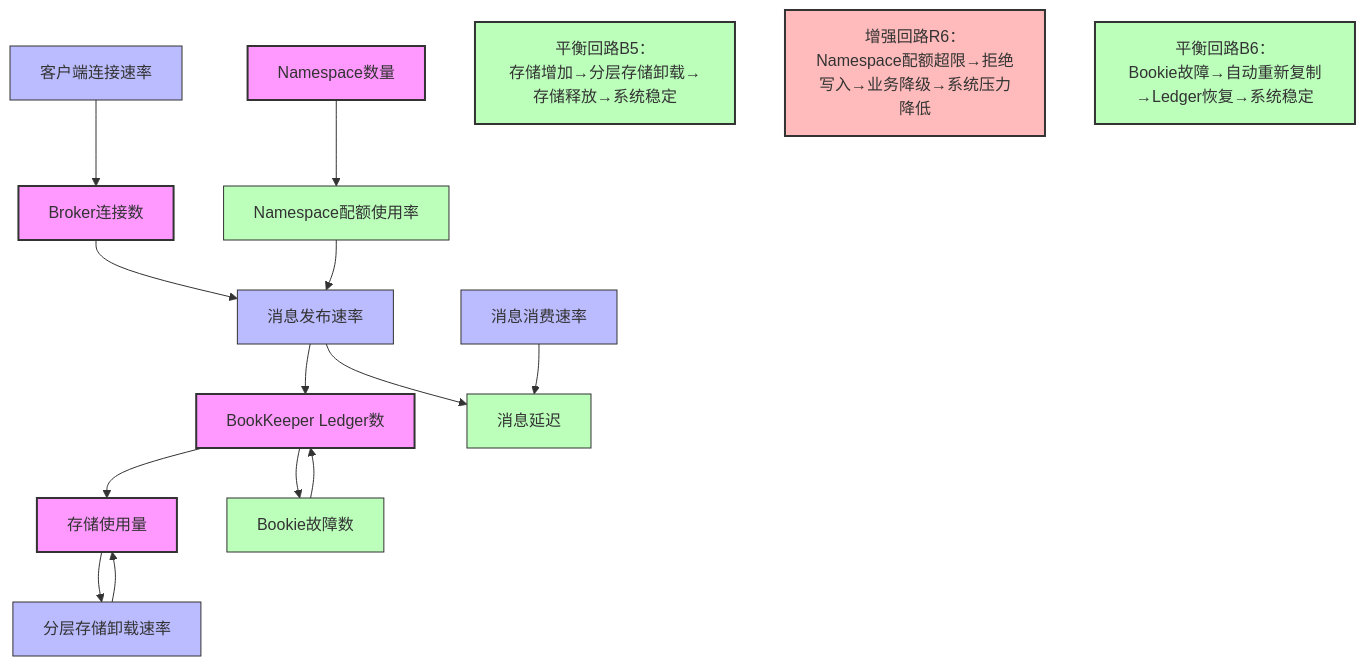
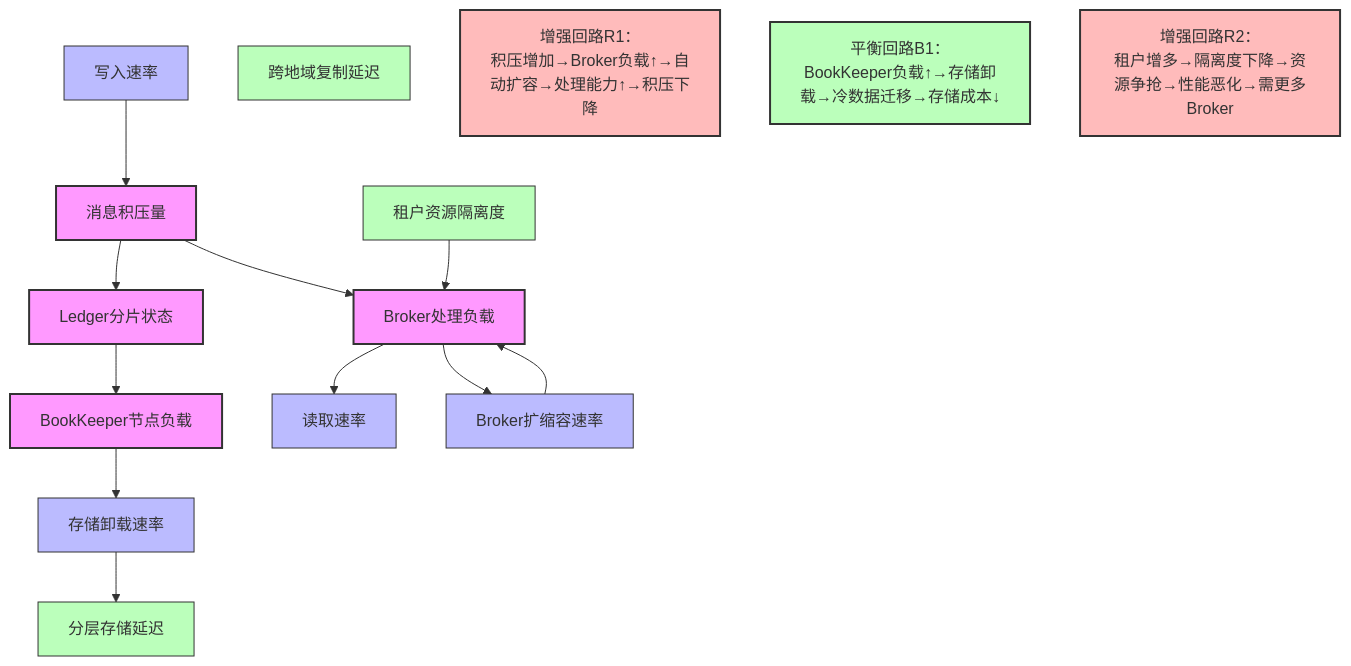
The fourth of 5 diagrams in topics/04-动态系统论与演化分析/04-01-系统动力学视角.md (AdaMartin18010/Mq), drawn with Mermaid before and after one commit. The commit also changed other lines of this file and 15 other files, not shown here.

````diff
--- a/topics/04-动态系统论与演化分析/04-01-系统动力学视角.md
+++ b/topics/04-动态系统论与演化分析/04-01-系统动力学视角.md
@@ -193,43 +195,45 @@
 ```mermaid
 graph TD
-    P_BROKER[Broker连接数]:::stock
-    P_BOOKIE[BookKeeper Ledger数]:::stock
-    P_NAMESPACE[Namespace数量]:::stock
-    P_STORAGE[存储使用量]:::stock
+    %% 存量变量
+    P_MSG_BACKLOG[消息积压量]:::stock
+    P_BROKER_LOAD[Broker处理负载]:::stock
+    P_BOOKIES[BookKeeper节点负载]:::stock
+    P_LEDGER[Ledger分片状态]:::stock
 
-    P_CONNECT[客户端连接速率]:::flow
-    P_PUBLISH[消息发布速率]:::flow
-    P_CONSUME[消息消费速率]:::flow
-    P_TIERED[分层存储卸载速率]:::flow
+    %% 流量变量
+    P_WRITE_RATE[写入速率]:::flow
+    P_READ_RATE[读取速率]:::flow
+    P_BROKER_SCALE[Broker扩缩容速率]:::flow
+    P_STORAGE_OFFLOAD[存储卸载速率]:::flow
 
-    P_LATENCY[消息延迟]:::aux
-    P_QUOTA[Namespace配额使用率]:::aux
-    P_BOOKIE_FAIL[Bookie故障数]:::aux
+    %% 辅助变量
+    P_TENANT_ISOLATION[租户资源隔离度]:::aux
+    P_LAYERED_LATENCY[分层存储延迟]:::aux
+    P_GEO_REPLICA[跨地域复制延迟]:::aux
 
-    P_CONNECT --> P_BROKER
-    P_BROKER --> P_PUBLISH
-    P_PUBLISH --> P_BOOKIE
-    P_BOOKIE --> P_STORAGE
-    P_STORAGE --> P_TIERED
-    P_TIERED --> P_STORAGE
+    %% 因果链路
+    P_WRITE_RATE --> P_MSG_BACKLOG
+    P_MSG_BACKLOG --> P_BROKER_LOAD
+    P_BROKER_LOAD --> P_BROKER_SCALE
 
-    P_NAMESPACE --> P_QUOTA
-    P_QUOTA --> P_PUBLISH
+    P_BROKER_SCALE --> P_BROKER_LOAD
+    P_BROKER_LOAD --> P_READ_RATE
 
-    P_BOOKIE --> P_BOOKIE_FAIL
-    P_BOOKIE_FAIL --> P_BOOKIE
+    P_MSG_BACKLOG --> P_LEDGER
+    P_LEDGER --> P_BOOKIES
+    P_BOOKIES --> P_STORAGE_OFFLOAD
 
-    P_PUBLISH --> P_LATENCY
-    P_CONSUME --> P_LATENCY
+    P_STORAGE_OFFLOAD --> P_LAYERED_LATENCY
+    P_TENANT_ISOLATION --> P_BROKER_LOAD
 
     %% 关键反馈回路
-    B5[平衡回路B5：<br/>存储增加→分层存储卸载→存储释放→系统稳定]:::balancing
-    R6[增强回路R6：<br/>Namespace配额超限→拒绝写入→业务降级→系统压力降低]:::reinforcing
-    B6[平衡回路B6：<br/>Bookie故障→自动重新复制→Ledger恢复→系统稳定]:::balancing
+    R1[增强回路R1：<br/>积压增加→Broker负载↑→自动扩容→处理能力↑→积压下降]:::reinforcing
+    B1[平衡回路B1：<br/>BookKeeper负载↑→存储卸载→冷数据迁移→存储成本↓]:::balancing
+    R2[增强回路R2：<br/>租户增多→隔离度下降→资源争抢→性能恶化→需更多Broker]:::reinforcing
 
     classDef stock fill:#f9f,stroke:#333,stroke-width:2px
     classDef flow fill:#bbf,stroke:#333,stroke-width:1px
     classDef aux fill:#bfb,stroke:#333,stroke-width:1px
     classDef reinforcing fill:#fbb,stroke:#333,stroke-width:2px
     classDef balancing fill:#bfb,stroke:#333,stroke-width:2px
 ```
````
